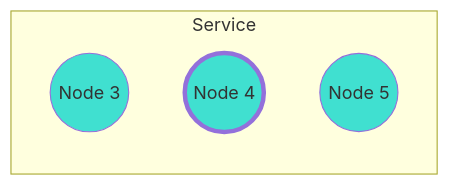
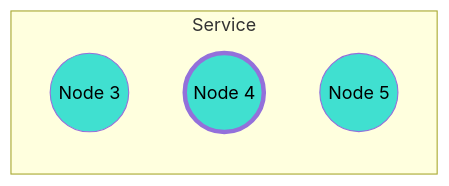
Before and after one commit to microsoft/CCF: the sixth of 6 diagrams in doc/operations/code_upgrade.rst, drawn with Mermaid. The commit also changed other lines of this file and 17 other files, not shown here.

First line of the commit message:
Migrate Sphinx diagrams to Pele

```diff
--- a/doc/operations/code_upgrade.rst
+++ b/doc/operations/code_upgrade.rst
@@ -165,15 +165,15 @@
 .. mermaid::
 
     graph LR;
-        classDef NewNode fill:Turquoise
+        classDef NewNode fill:Turquoise,color:black
         classDef Primary stroke-width:4px
 
         subgraph Service
             Node3((Node 3))
             Node4((Node 4))
             class Node4 Primary
             Node5((Node 5))
             class Node3 NewNode
             class Node4 NewNode
             class Node5 NewNode
         end
```
